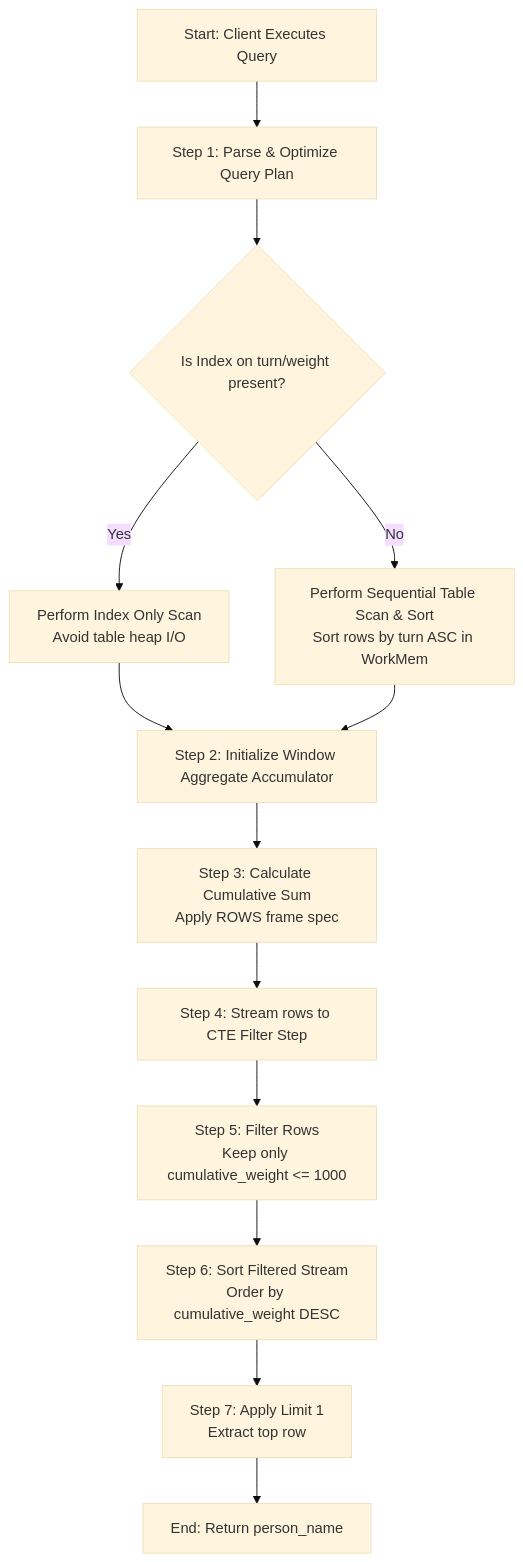
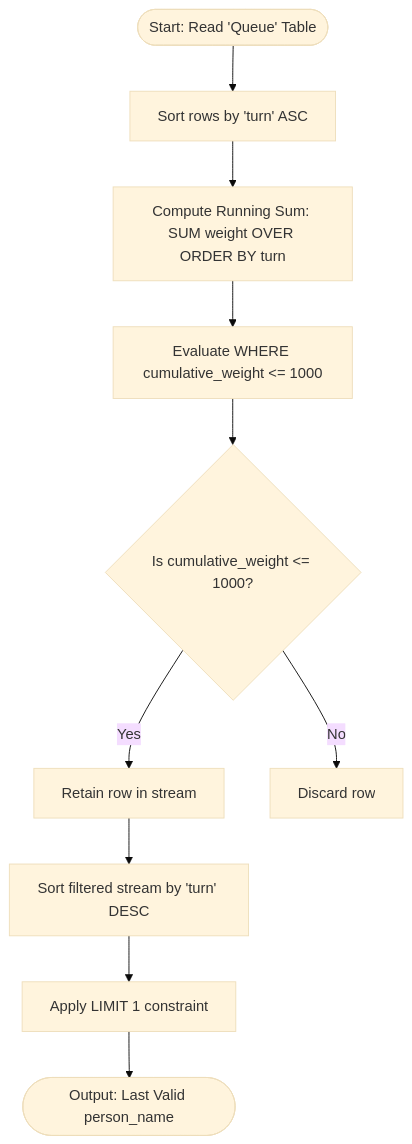
The first of 2 diagrams in Cheat Sheet/01 - Date Functions Window/Date Functions Window/Common Questions/10. Last Person to Fit in the Bus.md (Balasubramanian-pg/SQL-Interview), drawn with Mermaid (base theme) before and after one commit. The commit also changed other lines of this file, not shown here.

Commit message:
Update 10. Last Person to Fit in the Bus.md

````diff
--- a/Cheat Sheet/01 - Date Functions Window/Date Functions Window/Common Questions/10. Last Person to Fit in the Bus.md
+++ b/Cheat Sheet/01 - Date Functions Window/Date Functions Window/Common Questions/10. Last Person to Fit in the Bus.md
@@ -76,18 +67,12 @@
 ```mermaid
 flowchart TD
-    A[Start: Client Executes Query] --> B[Step 1: Parse & Optimize Query Plan]
-    B --> C{Is Index on turn/weight present?}
-    
-    C -- Yes --> D[Perform Index Only Scan\nAvoid table heap I/O]
-    C -- No --> E[Perform Sequential Table Scan & Sort\nSort rows by turn ASC in WorkMem]
-    
-    D --> F[Step 2: Initialize Window Aggregate Accumulator]
-    E --> F
-    
-    F --> G[Step 3: Calculate Cumulative Sum\nApply ROWS frame spec]
-    G --> H[Step 4: Stream rows to CTE Filter Step]
-    H --> I[Step 5: Filter Rows\nKeep only cumulative_weight <= 1000]
-    I --> J[Step 6: Sort Filtered Stream\nOrder by cumulative_weight DESC]
-    J --> K[Step 7: Apply Limit 1\nExtract top row]
-    K --> L[End: Return person_name]
+    Step1([Start: Read 'Queue' Table]) --> Step2[Sort rows by 'turn' ASC]
+    Step2 --> Step3[Compute Running Sum: SUM weight OVER ORDER BY turn]
+    Step3 --> Step4[Evaluate WHERE cumulative_weight <= 1000]
+    Step4 --> Step5{Is cumulative_weight <= 1000?}
+    Step5 -- Yes --> Step6[Retain row in stream]
+    Step5 -- No --> Step7[Discard row]
+    Step6 --> Step8[Sort filtered stream by 'turn' DESC]
+    Step8 --> Step9[Apply LIMIT 1 constraint]
+    Step9 --> Step10([Output: Last Valid person_name])
 ```
````
